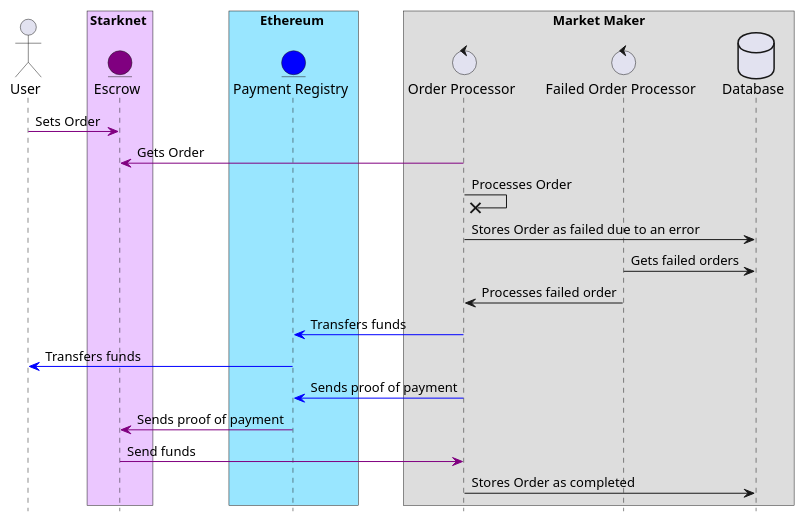
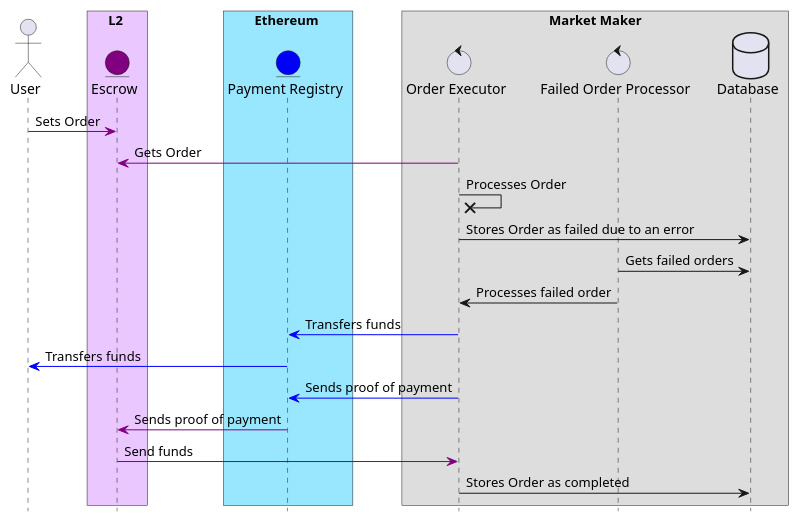
The diagram in docs/mm_bot/diagrams/failed_orders.puml (yetanotherco/yet-another-bridge), drawn with PlantUML before and after one commit. The commit also changed 6 other files, not shown here.

```diff
--- a/docs/mm_bot/diagrams/failed_orders.puml
+++ b/docs/mm_bot/diagrams/failed_orders.puml
@@ -1,29 +1,29 @@
 @startuml
 hide footbox
 actor User as U
-box Starknet #ebc7ff
+box L2 #ebc7ff
 entity Escrow as E #purple
 end box
 box Ethereum #99e6ff
 entity "Payment Registry" as PR #blue
 end box
 box "Market Maker"
-control "Order Processor" as OP
+control "Order Executor" as OP
 control "Failed Order Processor" as FOP
 database Database
 end box
 
 U -[#purple]> E : Sets Order
 OP -[#purple]> E : Gets Order
 OP ->x OP : Processes Order
 OP -> Database : Stores Order as failed due to an error
 FOP -> Database : Gets failed orders
 FOP -> OP : Processes failed order
 OP -[#blue]> PR : Transfers funds
 PR -[#blue]> U: Transfers funds
 OP -[#blue]> PR : Sends proof of payment
 PR -[#purple]> E : Sends proof of payment
 E -[#purple]> OP : Send funds
 OP -> Database : Stores Order as completed
 
 @enduml
```
